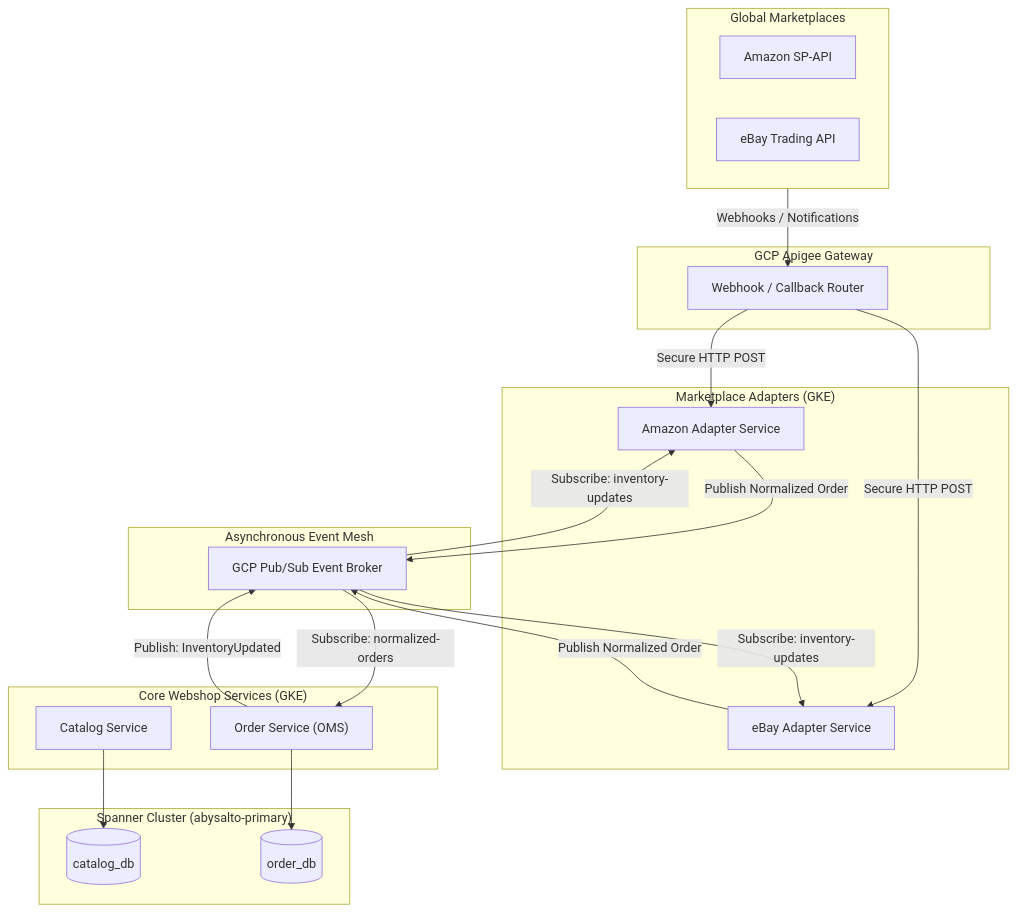
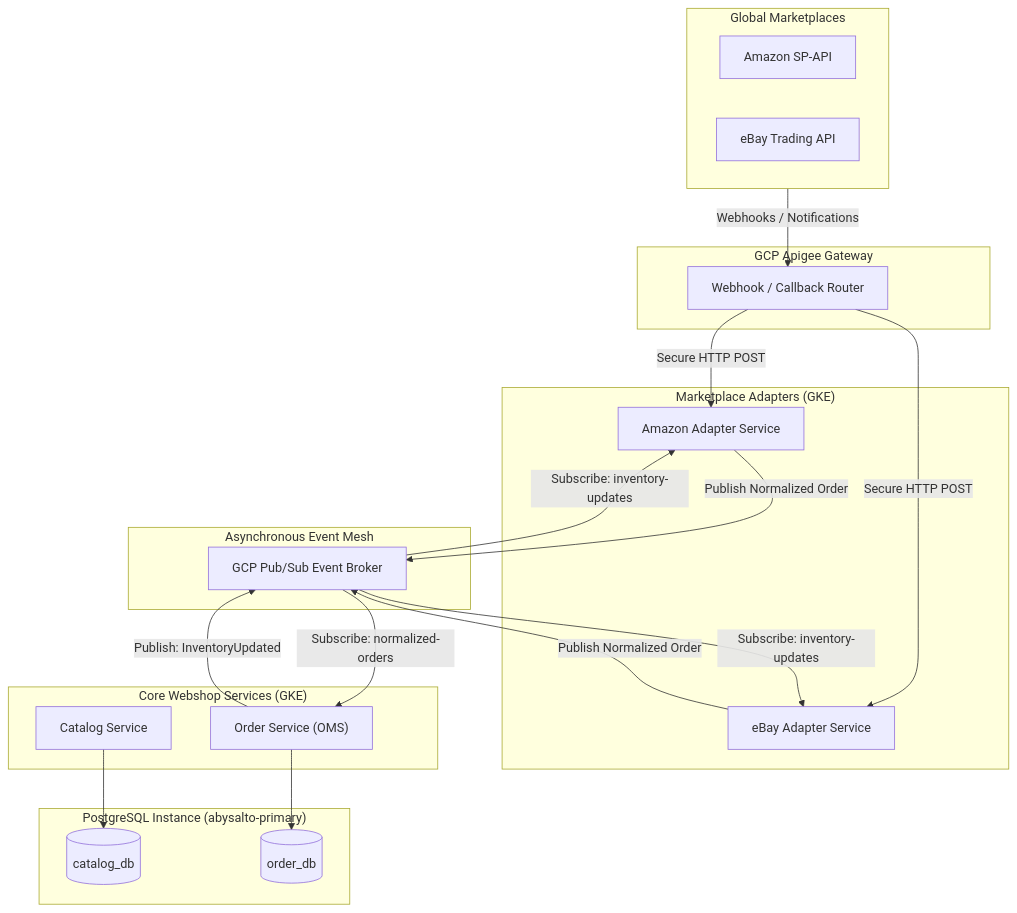
Before and after one commit to drapic88/abysalto-webshop: the first of 2 diagrams in doc/marketplace_integration.md, drawn with Mermaid. The commit also changed other lines of this file and 7 other files, not shown here.

Commit message:
Replace Cloud Spanner with PostgreSQL

````diff
--- a/doc/marketplace_integration.md
+++ b/doc/marketplace_integration.md
@@ -13,52 +13,52 @@
 ```mermaid
 graph TD
     %% Sales Channels / External Marketplaces
     subgraph Marketplaces ["Global Marketplaces"]
         Amazon["Amazon SP-API"]
         Ebay["eBay Trading API"]
     end
 
     %% Edge / Ingress Router
     subgraph Edge ["GCP Apigee Gateway"]
         WebhookRouter["Webhook / Callback Router"]
     end
 
     Marketplaces -->|Webhooks / Notifications| WebhookRouter
 
     %% Isolated Adapters Layer
     subgraph Adapters ["Marketplace Adapters (GKE)"]
         AmzAdapter["Amazon Adapter Service"]
         EbayAdapter["eBay Adapter Service"]
     end
 
     WebhookRouter -->|Secure HTTP POST| AmzAdapter
     WebhookRouter -->|Secure HTTP POST| EbayAdapter
 
     %% Async Communication (Pub/Sub)
     subgraph EventStream ["Asynchronous Event Mesh"]
         PubSub["GCP Pub/Sub Event Broker"]
     end
 
     AmzAdapter -->|Publish Normalized Order| PubSub
     EbayAdapter -->|Publish Normalized Order| PubSub
 
     %% Core Services Layer
     subgraph CoreServices ["Core Webshop Services (GKE)"]
         Catalog["Catalog Service"]
         Order["Order Service (OMS)"]
     end
 
     PubSub -->|Subscribe: normalized-orders| Order
     Order -->|Publish: InventoryUpdated| PubSub
     PubSub -->|Subscribe: inventory-updates| AmzAdapter
     PubSub -->|Subscribe: inventory-updates| EbayAdapter
 
     %% Core Databases
-    subgraph Databases ["Spanner Cluster (abysalto-primary)"]
+    subgraph Databases ["PostgreSQL Instance (abysalto-primary)"]
         CatalogDB[("catalog_db")]
         OrderDB[("order_db")]
     end
 
     Catalog --> CatalogDB
     Order --> OrderDB
 ```
````
